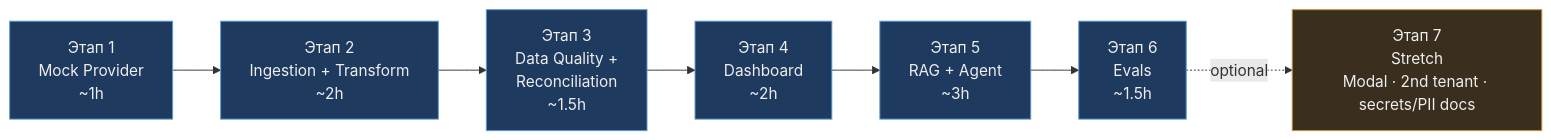
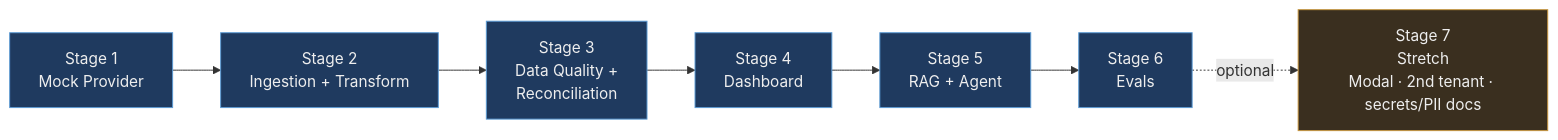
Before and after one commit to atamaniuc/ledger-lens: the third of 4 diagrams in docs/PROJECT_OVERVIEW.md, drawn with Mermaid. The commit also changed other lines of this file and 46 other files, not shown here.

````diff
--- a/docs/PROJECT_OVERVIEW.md
+++ b/docs/PROJECT_OVERVIEW.md
@@ -184,14 +184,14 @@
 ```mermaid
 flowchart LR
-    S1["Этап 1<br/>Mock Provider<br/>~1h"] --> S2["Этап 2<br/>Ingestion + Transform<br/>~2h"]
-    S2 --> S3["Этап 3<br/>Data Quality +<br/>Reconciliation<br/>~1.5h"]
-    S3 --> S4["Этап 4<br/>Dashboard<br/>~2h"]
-    S4 --> S5["Этап 5<br/>RAG + Agent<br/>~3h"]
-    S5 --> S6["Этап 6<br/>Evals<br/>~1.5h"]
-    S6 -.optional.-> S7["Этап 7<br/>Stretch<br/>Modal · 2nd tenant · secrets/PII docs"]
+    S1["Stage 1<br/>Mock Provider"] --> S2["Stage 2<br/>Ingestion + Transform"]
+    S2 --> S3["Stage 3<br/>Data Quality +<br/>Reconciliation"]
+    S3 --> S4["Stage 4<br/>Dashboard"]
+    S4 --> S5["Stage 5<br/>RAG + Agent"]
+    S5 --> S6["Stage 6<br/>Evals"]
+    S6 -.optional.-> S7["Stage 7<br/>Stretch<br/>Modal · 2nd tenant · secrets/PII docs"]
 
     classDef required fill:#1f3a5f,stroke:#5b9bd5,color:#eee;
     classDef optional fill:#3a2f1f,stroke:#c8963e,color:#eee;
     class S1,S2,S3,S4,S5,S6 required;
     class S7 optional;
 ```
````
